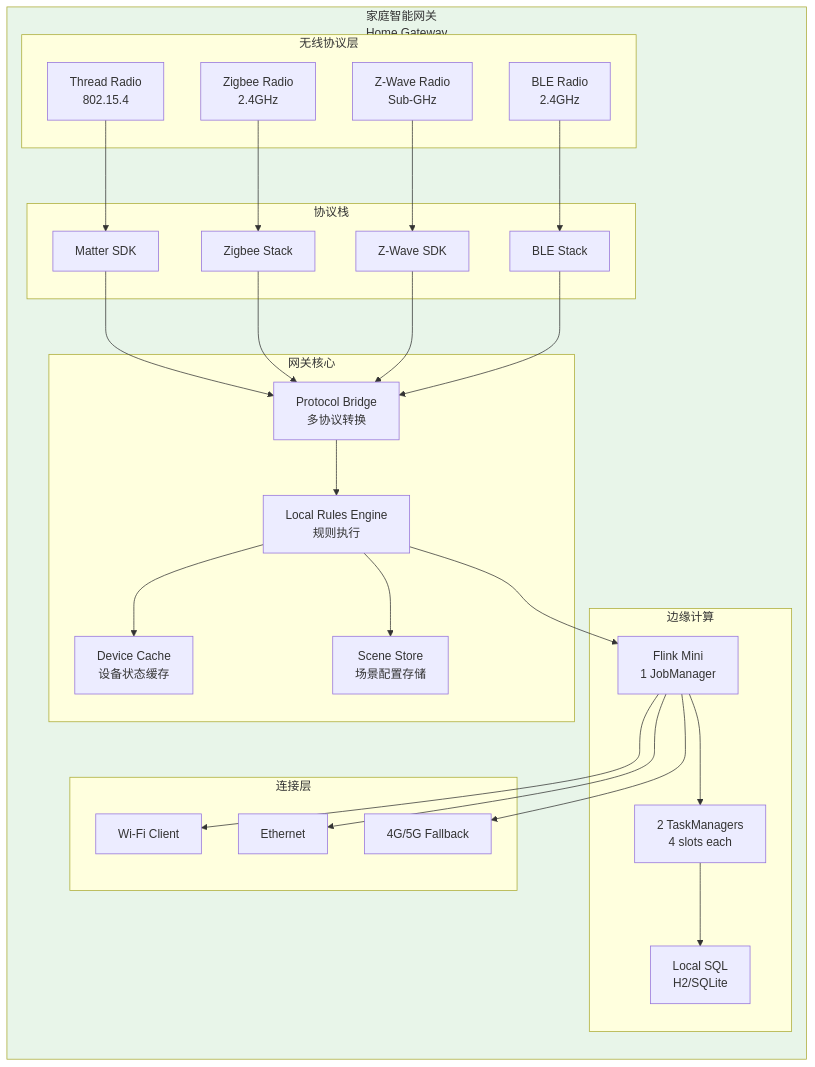
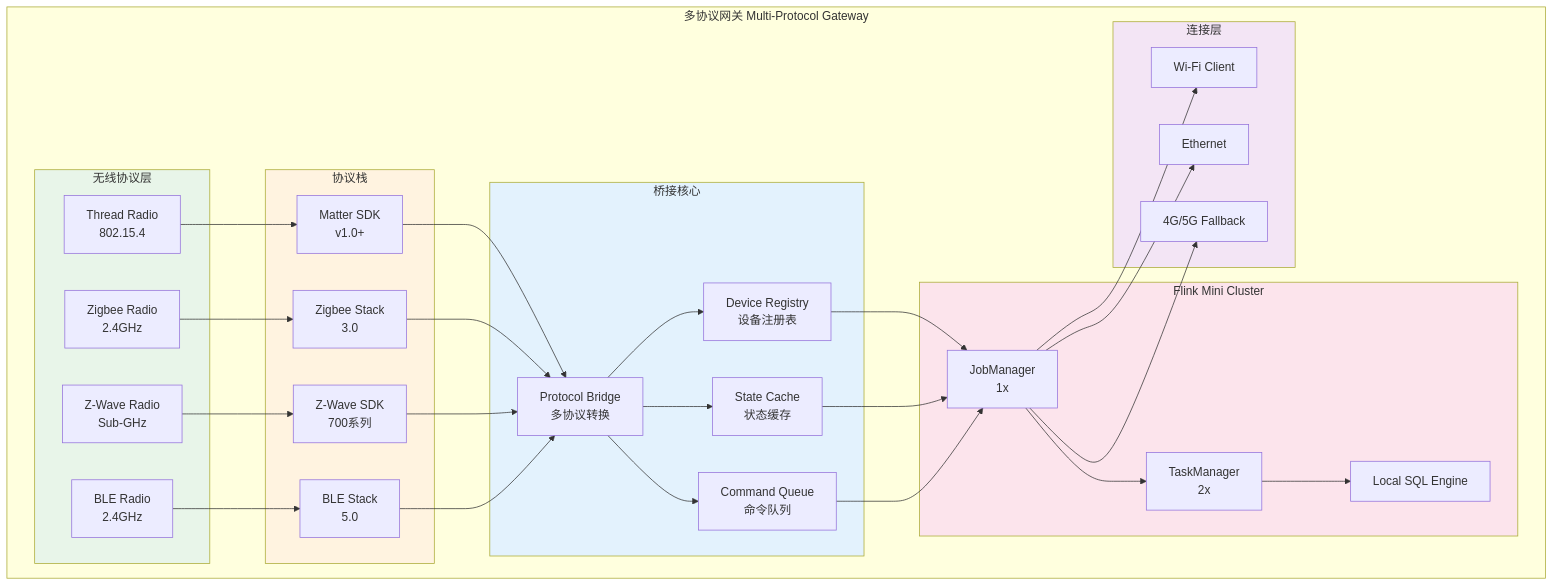
One commit to AdaMartin18010/AnalysisDataFlow changed the fourth of 5 diagrams in Flink-IoT-Authority-Alignment/Phase-9-Smart-Home/case-smart-home-complete.md. Above: the diagram before and after it, drawn with Mermaid. The commit also changed other lines of this file and 8 other files, not shown here.

````diff
--- a/Flink-IoT-Authority-Alignment/Phase-9-Smart-Home/case-smart-home-complete.md
+++ b/Flink-IoT-Authority-Alignment/Phase-9-Smart-Home/case-smart-home-complete.md
@@ -180,58 +2952,61 @@
 ```mermaid
 graph TB
-    subgraph HomeGateway["家庭智能网关<br/>Home Gateway"]
-        direction TB
-
+    subgraph Gateway["多协议网关 Multi-Protocol Gateway"]
         subgraph RadioLayer["无线协议层"]
             R1[Thread Radio<br/>802.15.4]
             R2[Zigbee Radio<br/>2.4GHz]
             R3[Z-Wave Radio<br/>Sub-GHz]
             R4[BLE Radio<br/>2.4GHz]
         end
 
         subgraph ProtocolStack["协议栈"]
-            P1[Matter SDK]
-            P2[Zigbee Stack]
-            P3[Z-Wave SDK]
-            P4[BLE Stack]
+            P1[Matter SDK<br/>v1.0+]
+            P2[Zigbee Stack<br/>3.0]
+            P3[Z-Wave SDK<br/>700系列]
+            P4[BLE Stack<br/>5.0]
         end
 
-        subgraph GatewayCore["网关核心"]
-            G1[Protocol Bridge<br/>多协议转换]
-            G2[Local Rules Engine<br/>规则执行]
-            G3[Device Cache<br/>设备状态缓存]
-            G4[Scene Store<br/>场景配置存储]
+        subgraph BridgeCore["桥接核心"]
+            B1[Protocol Bridge<br/>多协议转换]
+            B2[Device Registry<br/>设备注册表]
+            B3[State Cache<br/>状态缓存]
+            B4[Command Queue<br/>命令队列]
         end
 
-        subgraph EdgeCompute["边缘计算"]
-            F1[Flink Mini<br/>1 JobManager]
-            F2[2 TaskManagers<br/>4 slots each]
-            F3[Local SQL<br/>H2/SQLite]
+        subgraph FlinkMini["Flink Mini Cluster"]
+            F1[JobManager<br/>1x]
+            F2[TaskManager<br/>2x]
+            F3[Local SQL Engine]
         end
 
         subgraph Connectivity["连接层"]
             C1[Wi-Fi Client]
             C2[Ethernet]
             C3[4G/5G Fallback]
         end
     end
 
-    R1 --> P1 --> G1
-    R2 --> P2 --> G1
-    R3 --> P3 --> G1
-    R4 --> P4 --> G1
+    R1 --> P1 --> B1
+    R2 --> P2 --> B1
+    R3 --> P3 --> B1
+    R4 --> P4 --> B1
 
-    G1 --> G2
-    G2 --> G3
-    G2 --> G4
+    B1 --> B2
+    B1 --> B3
+    B1 --> B4
+    B2 --> F1
+    B3 --> F1
+    B4 --> F1
 
-    G2 --> F1
     F1 --> F2
     F2 --> F3
-
     F1 --> C1
     F1 --> C2
     F1 --> C3
 
-    style HomeGateway fill:#e8f5e9
+    style RadioLayer fill:#e8f5e9
+    style ProtocolStack fill:#fff3e0
+    style BridgeCore fill:#e3f2fd
+    style FlinkMini fill:#fce4ec
+    style Connectivity fill:#f3e5f5
 ```
````
